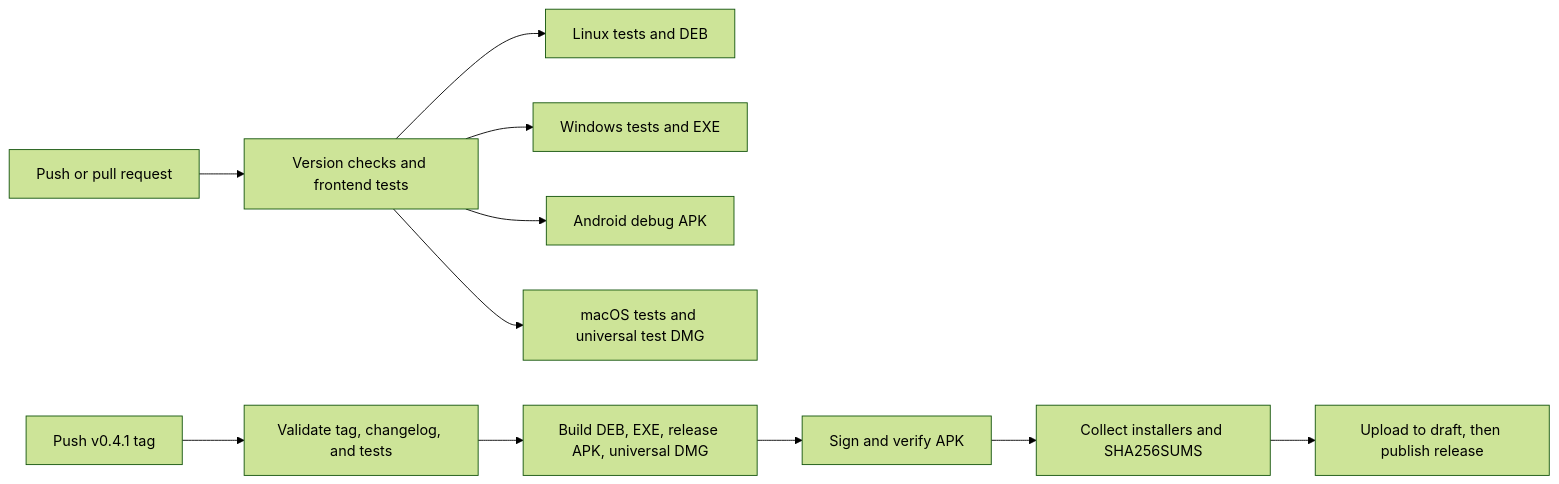
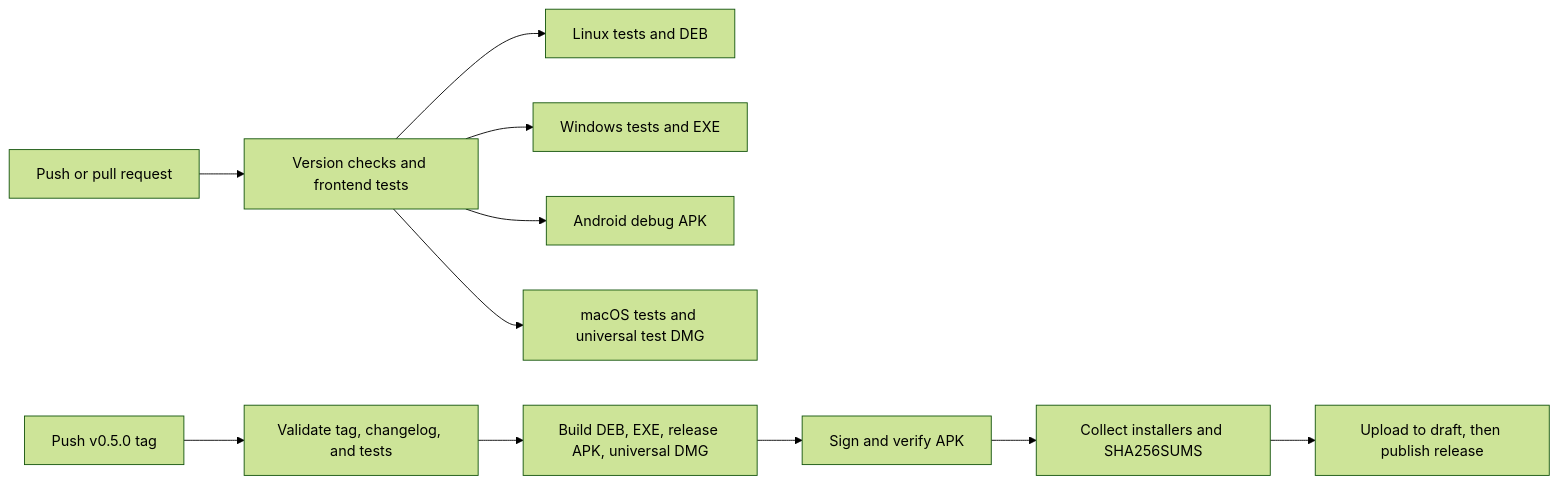
One commit to shahabbai/PulseDrop changed the diagram in docs/github-releases.md. Above: the diagram before and after it, drawn with Mermaid (forest theme). The commit also changed other lines of this file and 18 other files, not shown here.

````diff
--- a/docs/github-releases.md
+++ b/docs/github-releases.md
@@ -9,13 +9,13 @@
 ```mermaid
 flowchart LR
     A[Push or pull request] --> B[Version checks and frontend tests]
     B --> C[Linux tests and DEB]
     B --> D[Windows tests and EXE]
     B --> E[Android debug APK]
     B --> M[macOS tests and universal test DMG]
-    F[Push v0.4.1 tag] --> G[Validate tag, changelog, and tests]
+    F[Push v0.5.0 tag] --> G[Validate tag, changelog, and tests]
     G --> H[Build DEB, EXE, release APK, universal DMG]
     H --> I[Sign and verify APK]
     I --> J[Collect installers and SHA256SUMS]
     J --> K[Upload to draft, then publish release]
 ```
````
